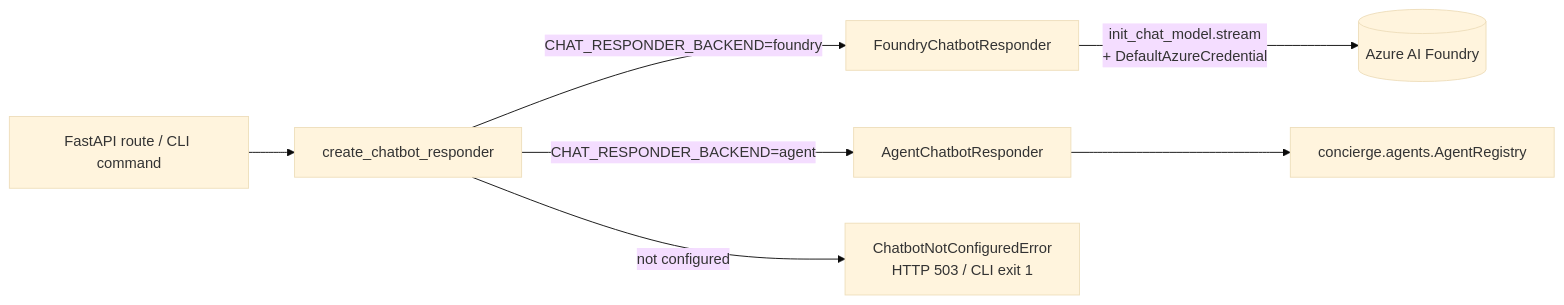
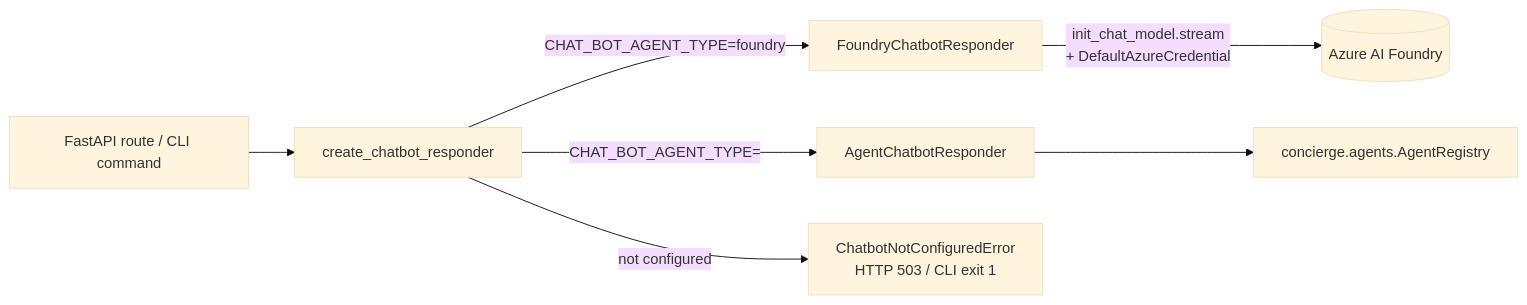
The second of 2 diagrams in docs/chat/index.md (ks6088ts-labs/concierge), drawn with Mermaid (base theme) before and after one commit. The commit also changed other lines of this file and 13 other files, not shown here.

Commit message:
feat(chat): replace CHAT_RESPONDER_BACKEND with CHAT_BOT_AGENT_TYPE and update related documentation

````diff
--- a/docs/chat/index.md
+++ b/docs/chat/index.md
@@ -281,9 +281,9 @@
 ```mermaid
 flowchart LR
     Caller[FastAPI route / CLI command] --> Factory[create_chatbot_responder]
-    Factory -->|CHAT_RESPONDER_BACKEND=foundry| Foundry[FoundryChatbotResponder]
-    Factory -->|CHAT_RESPONDER_BACKEND=agent| Agent[AgentChatbotResponder]
+    Factory -->|CHAT_BOT_AGENT_TYPE=foundry| Foundry[FoundryChatbotResponder]
+    Factory -->|CHAT_BOT_AGENT_TYPE=<agent-name>| Agent[AgentChatbotResponder]
     Factory -->|not configured| Error[ChatbotNotConfiguredError\nHTTP 503 / CLI exit 1]
     Foundry -->|init_chat_model.stream<br/>+ DefaultAzureCredential| Azure[(Azure AI Foundry)]
     Agent --> Registry[concierge.agents.AgentRegistry]
 ```
````
